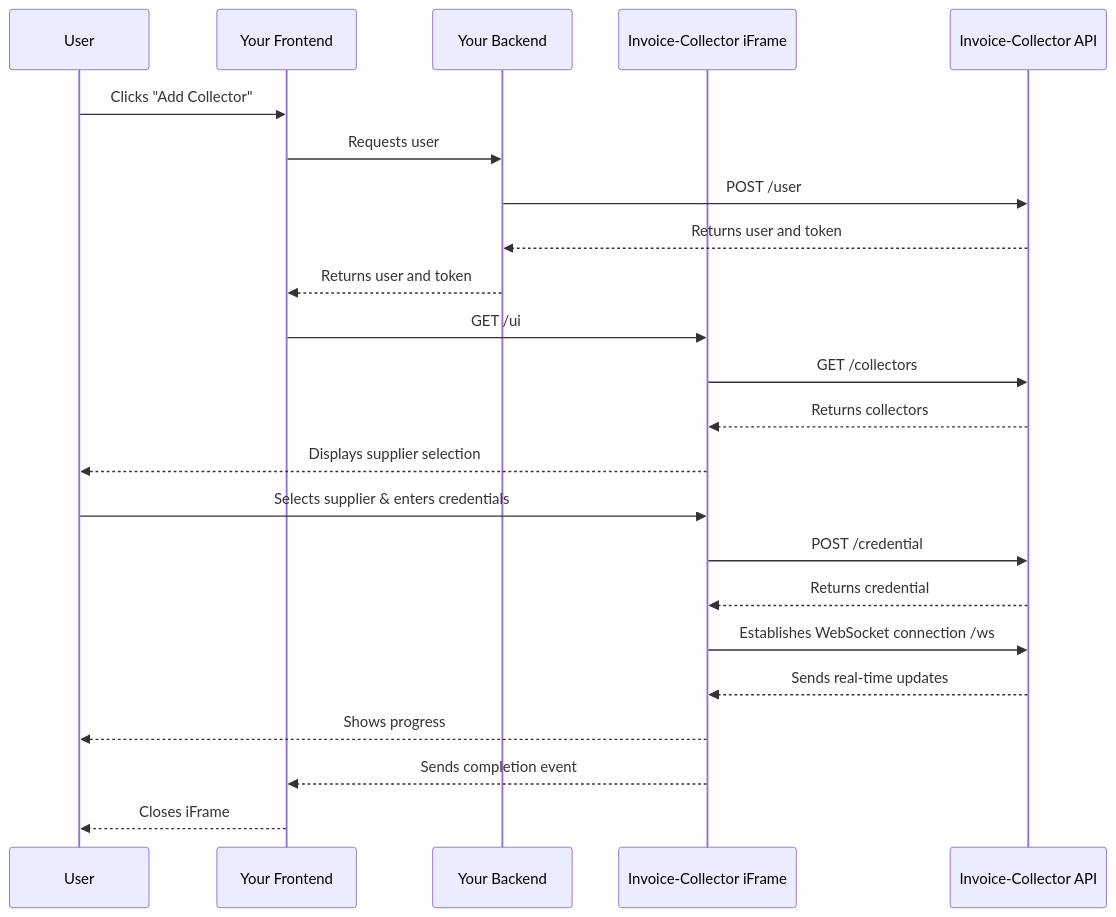
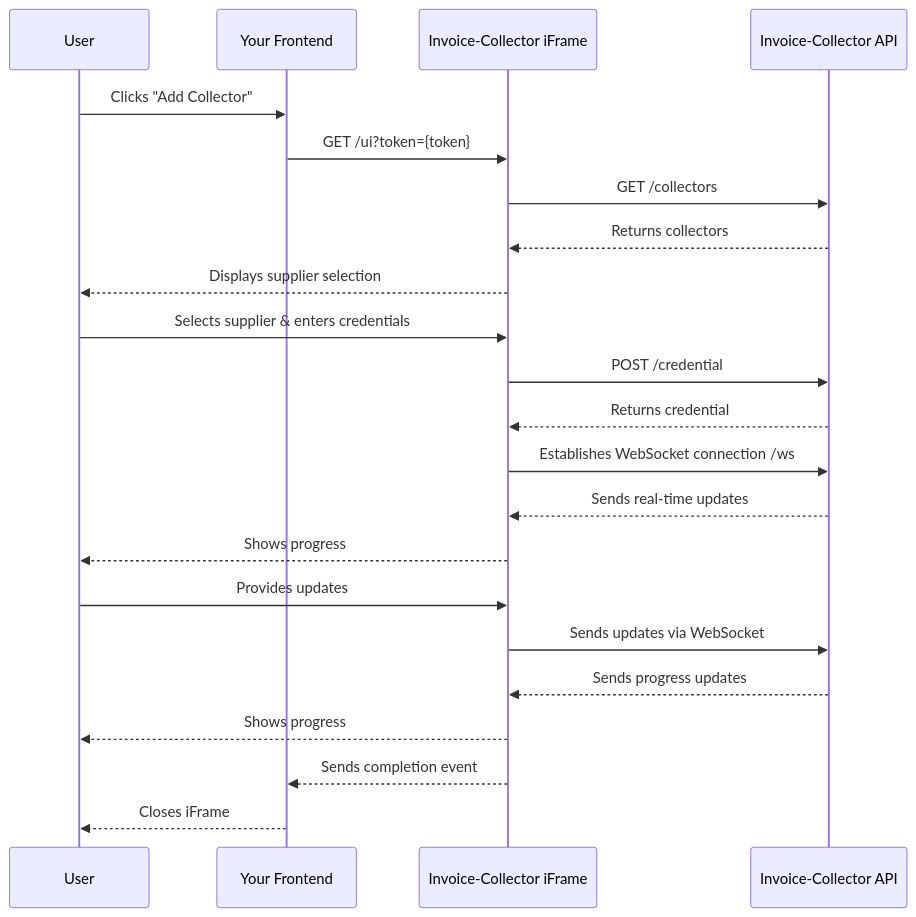
The first of 2 diagrams in docs/getting-started/frontend-integration/add-credential.mdx (invoice-collector/website), drawn with Mermaid before and after one commit. The commit also changed other lines of this file and 3 other files, not shown here.

````diff
--- a/docs/getting-started/frontend-integration/add-credential.mdx
+++ b/docs/getting-started/frontend-integration/add-credential.mdx
@@ -44,26 +49,25 @@
 ```mermaid
 sequenceDiagram
     participant User
     participant Frontend as Your Frontend
-    participant Backend as Your Backend
     participant IFrame as Invoice-Collector iFrame
     participant API as Invoice-Collector API
     
     User->>Frontend: Clicks "Add Collector"
-    Frontend->>Backend: Requests user
-    Backend->>API: POST /user
-    API-->>Backend: Returns user and token
-    Backend-->>Frontend: Returns user and token
-    Frontend->>IFrame: GET /ui
+    Frontend->>IFrame: GET /ui?token={token}
     IFrame->>API: GET /collectors
     API-->>IFrame: Returns collectors
     IFrame-->>User: Displays supplier selection
     User->>IFrame: Selects supplier & enters credentials
     IFrame->>API: POST /credential
     API-->>IFrame: Returns credential
     IFrame->>API: Establishes WebSocket connection /ws
     API-->>IFrame: Sends real-time updates
     IFrame-->>User: Shows progress
+    User->>IFrame: Provides updates
+    IFrame->>API: Sends updates via WebSocket
+    API-->>IFrame: Sends progress updates
+    IFrame-->>User: Shows progress
     IFrame-->>Frontend: Sends completion event
     Frontend-->>User: Closes iFrame
 ```
````
